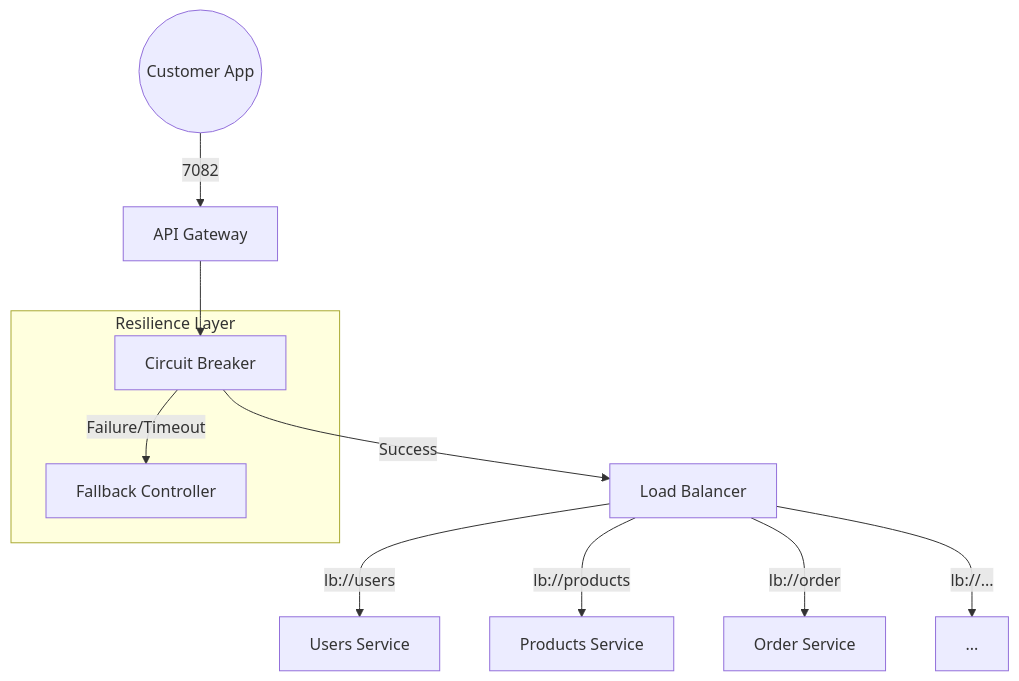
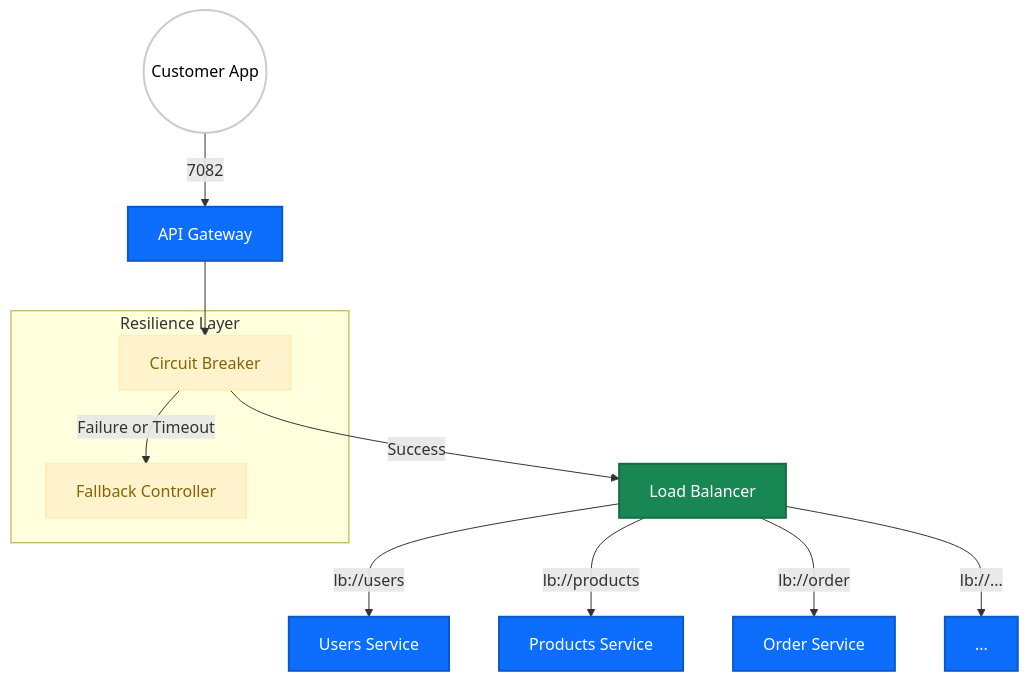
Before and after one commit to Mayorman07/Micromart: the diagram in Gateway/README.md, drawn with Mermaid. The commit also changed other lines of this file, not shown here.

Commit message:
docs: update API Gateway README with styled architecture diagram and resilience details

````diff
--- a/Gateway/README.md
+++ b/Gateway/README.md
@@ -28,18 +28,29 @@
 ```mermaid
 graph TD
+    %% Global Styles
+    classDef business fill:#0d6efd,color:#fff,stroke:#0a58ca,stroke-width:2px;
+    classDef infra fill:#198754,color:#fff,stroke:#146c43,stroke-width:2px;
+    classDef external fill:#ffffff,color:#000,stroke:#cccccc,stroke-width:2px;
+    classDef resilience fill:#fff3cd,color:#856404,stroke:#ffeeba,stroke-width:2px;
+
     Client((Customer App)) -->|7082| Gateway[API Gateway]
-    
+    class Client external
+    class Gateway business
+
     subgraph "Resilience Layer"
         CB[Circuit Breaker]
         FB[Fallback Controller]
     end
-    
+    class CB,FB resilience
+
     Gateway --> CB
     CB -->|Success| LB[Load Balancer]
-    CB -->|Failure/Timeout| FB
-    
+    CB -->|Failure or Timeout| FB
+    class LB infra
+
     LB -->|lb://users| Users[Users Service]
     LB -->|lb://products| Products[Products Service]
     LB -->|lb://order| Orders[Order Service]
     LB -->|lb://...| Others[...]
+    class Users,Products,Orders,Others business
 ```
````
